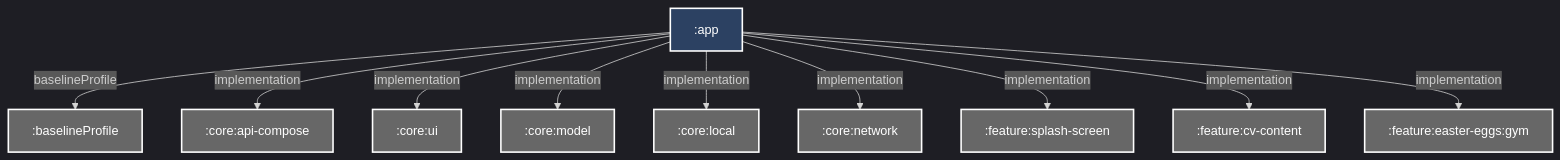
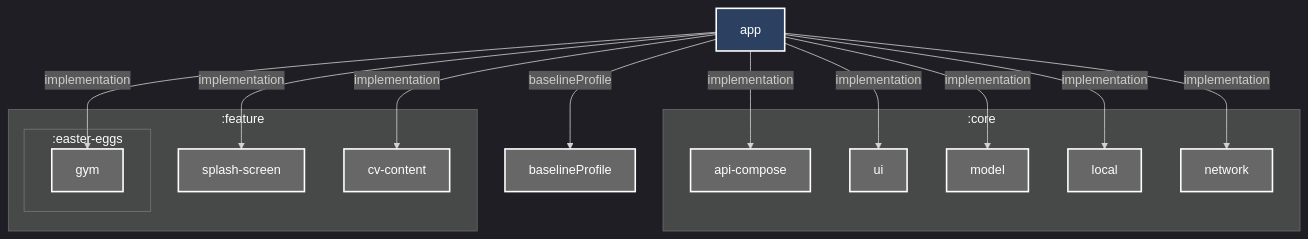
Before and after one commit to Dussim/cv-app: the diagram in app/README.md, drawn with Mermaid. The commit also changed 24 other files, not shown here.

Commit message:
Update READMEs with module hierarchy graphs, refactor Gradle configurations, and bump dependencies

````diff
--- a/app/README.md
+++ b/app/README.md
@@ -3,32 +3,49 @@
 ```mermaid
 %%{
   init: {
     'theme': 'dark'
   }
 }%%
 
 graph TB
+  :app["app"]
+  :baselineProfile["baselineProfile"]
+  subgraph :core
+    :core:api-compose["api-compose"]
+    :core:ui["ui"]
+    :core:model["model"]
+    :core:local["local"]
+    :core:network["network"]
+  end
+  subgraph :feature
+    :feature:splash-screen["splash-screen"]
+    :feature:cv-content["cv-content"]
+    subgraph :easter-eggs
+      :feature:easter-eggs:gym["gym"]
+    end
+  end
+
   :app -- baselineProfile --> :baselineProfile
   :app -- implementation --> :core:api-compose
   :app -- implementation --> :core:ui
   :app -- implementation --> :core:model
   :app -- implementation --> :core:local
   :app -- implementation --> :core:network
   :app -- implementation --> :feature:splash-screen
   :app -- implementation --> :feature:cv-content
   :app -- implementation --> :feature:easter-eggs:gym
 
 classDef android-application fill:#2C4162,stroke:#fff,stroke-width:2px,color:#fff;
 classDef unknown fill:#676767,stroke:#fff,stroke-width:2px,color:#fff;
 class :app android-application
 class :baselineProfile unknown
 class :core:api-compose unknown
 class :core:ui unknown
 class :core:model unknown
 class :core:local unknown
 class :core:network unknown
 class :feature:splash-screen unknown
 class :feature:cv-content unknown
 class :feature:easter-eggs:gym unknown
 
 ```
````
